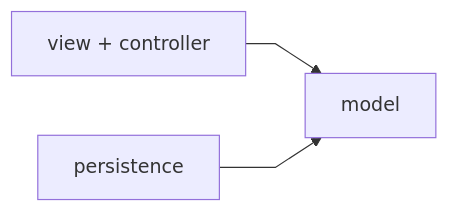
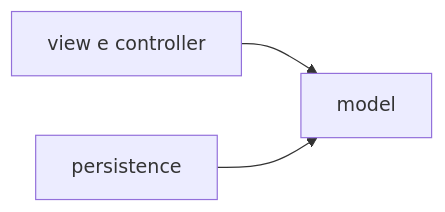
One commit to ValerioGiglio04/rpg-MPGC changed the diagram in .github/wiki-pages/Estendibilita.md. Above: the diagram before and after it, drawn with Mermaid. The commit also changed 3 other files, not shown here.

Commit message:
Corretto rendering diagrammi Mermaid nella wiki

````diff
--- a/.github/wiki-pages/Estendibilita.md
+++ b/.github/wiki-pages/Estendibilita.md
@@ -15,9 +15,8 @@
 ```mermaid
-%%{init: {'flowchart': {'curve': 'linear'}}}%%
 flowchart LR
-  View[view + controller]
+  View[view e controller]
   Model[model]
   Pers[persistence]
   View --> Model
   Pers --> Model
 ```
````
